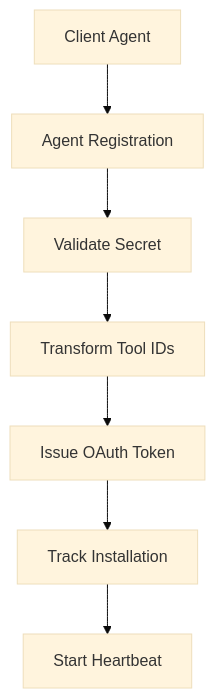
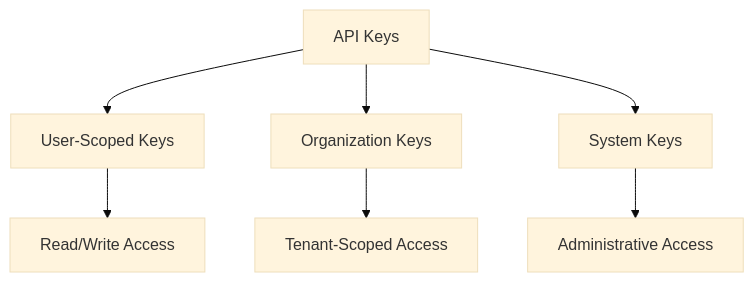
The second of 2 diagrams in docs/getting-started/first-steps.md (flamingo-stack/openframe-oss-lib), drawn with Mermaid (base theme) before and after one commit. The commit also changed other lines of this file and 212 other files, not shown here.

````diff
--- a/docs/getting-started/first-steps.md
+++ b/docs/getting-started/first-steps.md
@@ -215,9 +308,10 @@
 ```mermaid
 flowchart TD
-    Agent[Client Agent] --> Register[Agent Registration]
-    Register --> Validate[Validate Secret]
-    Validate --> Transform[Transform Tool IDs]
-    Transform --> OAuth[Issue OAuth Token]
-    OAuth --> Track[Track Installation]
-    Track --> Heartbeat[Start Heartbeat]
+    ApiKeys[API Keys] --> UserKeys[User-Scoped Keys]
+    ApiKeys --> OrgKeys[Organization Keys]
+    ApiKeys --> SystemKeys[System Keys]
+    
+    UserKeys --> ReadWrite[Read/Write Access]
+    OrgKeys --> TenantAccess[Tenant-Scoped Access]
+    SystemKeys --> AdminAccess[Administrative Access]
 ```
````
